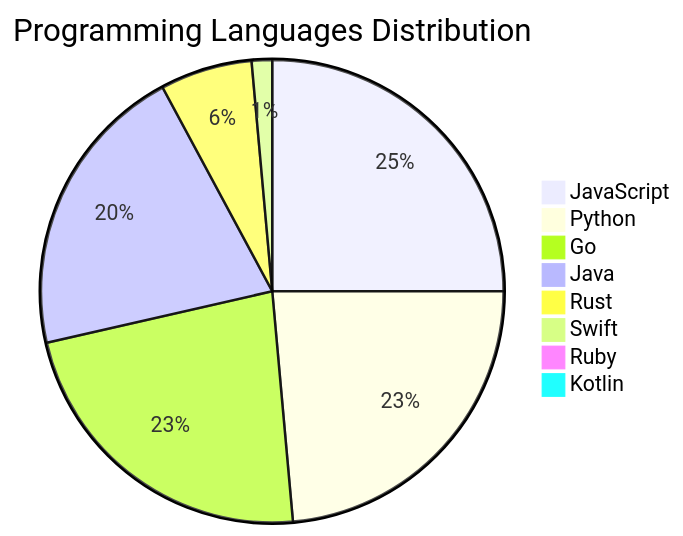
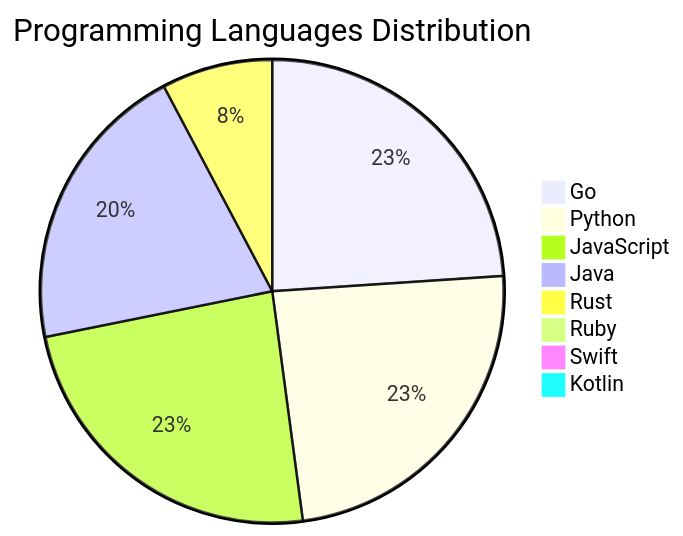
Before and after one commit to Derrick-MUGISHA/github-activity-bot: the diagram in README.md, drawn with Mermaid. The commit also changed other lines of this file and 4 other files, not shown here.

````diff
--- a/README.md
+++ b/README.md
@@ -209,11 +209,11 @@
 ```mermaid
 pie title Programming Languages Distribution
-    "JavaScript" : 35
-    "Python" : 33
-    "Go" : 32
+    "Go" : 34
+    "Python" : 34
+    "JavaScript" : 34
     "Java" : 29
-    "Rust" : 9
-    "Swift" : 2
+    "Rust" : 11
     "Ruby" : 1
+    "Swift" : 1
     "Kotlin" : 1
 ```
````
